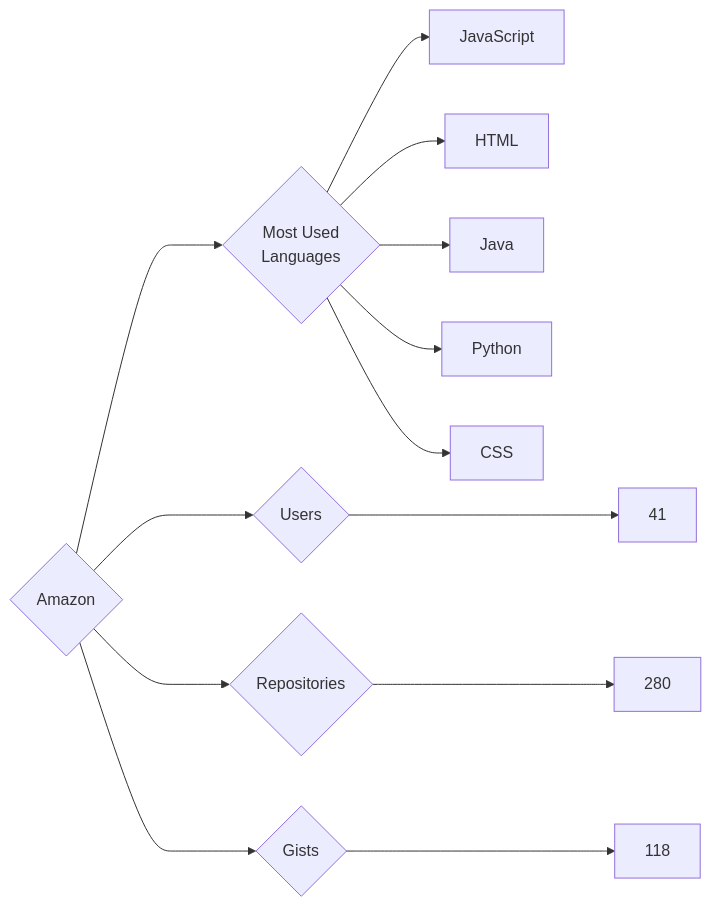
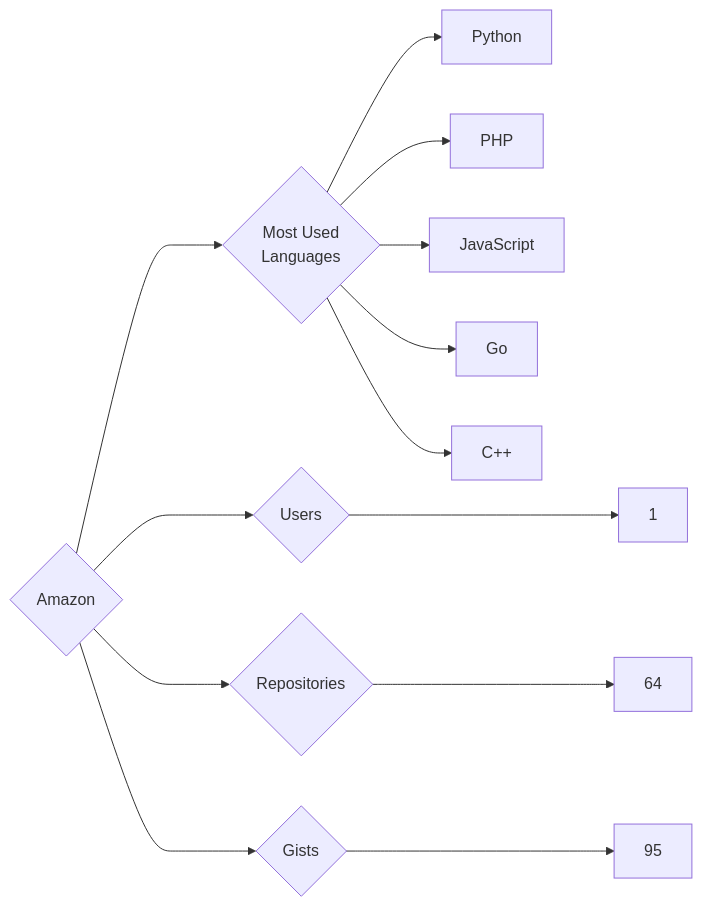
Before and after one commit to trickest/insiders: the diagram in targets/Amazon/README.md, drawn with Mermaid. The commit also changed 752 other files, not shown here.

````diff
--- a/targets/Amazon/README.md
+++ b/targets/Amazon/README.md
@@ -3,13 +3,13 @@
 ```mermaid
 graph LR
 COMPANY_NAME{Amazon}
-COMPANY_NAME ---> U{Users} ---> UN[41]
-COMPANY_NAME ---> R{Repositories} ---> RN[280]
-COMPANY_NAME ---> G{Gists} ---> GN[118]
+COMPANY_NAME ---> U{Users} ---> UN[1]
+COMPANY_NAME ---> R{Repositories} ---> RN[64]
+COMPANY_NAME ---> G{Gists} ---> GN[95]
 COMPANY_NAME ---> ML{Most Used<br>Languages}
+ML --> Python[Python]
+ML --> PHP[PHP]
 ML --> JavaScript[JavaScript]
-ML --> HTML[HTML]
-ML --> Java[Java]
-ML --> Python[Python]
-ML --> CSS[CSS]
+ML --> Go[Go]
+ML --> C++[C++]
 ```
````
